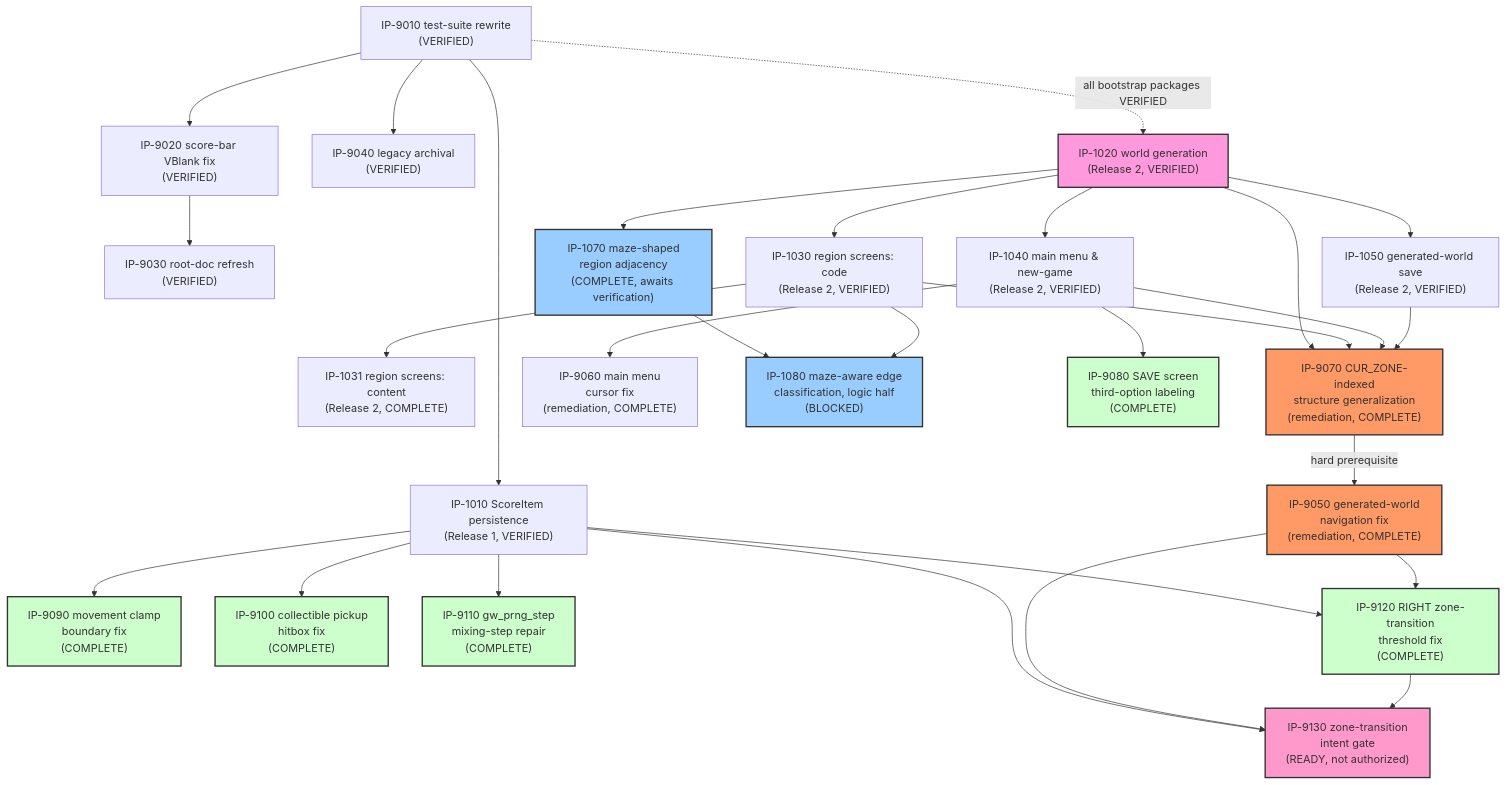
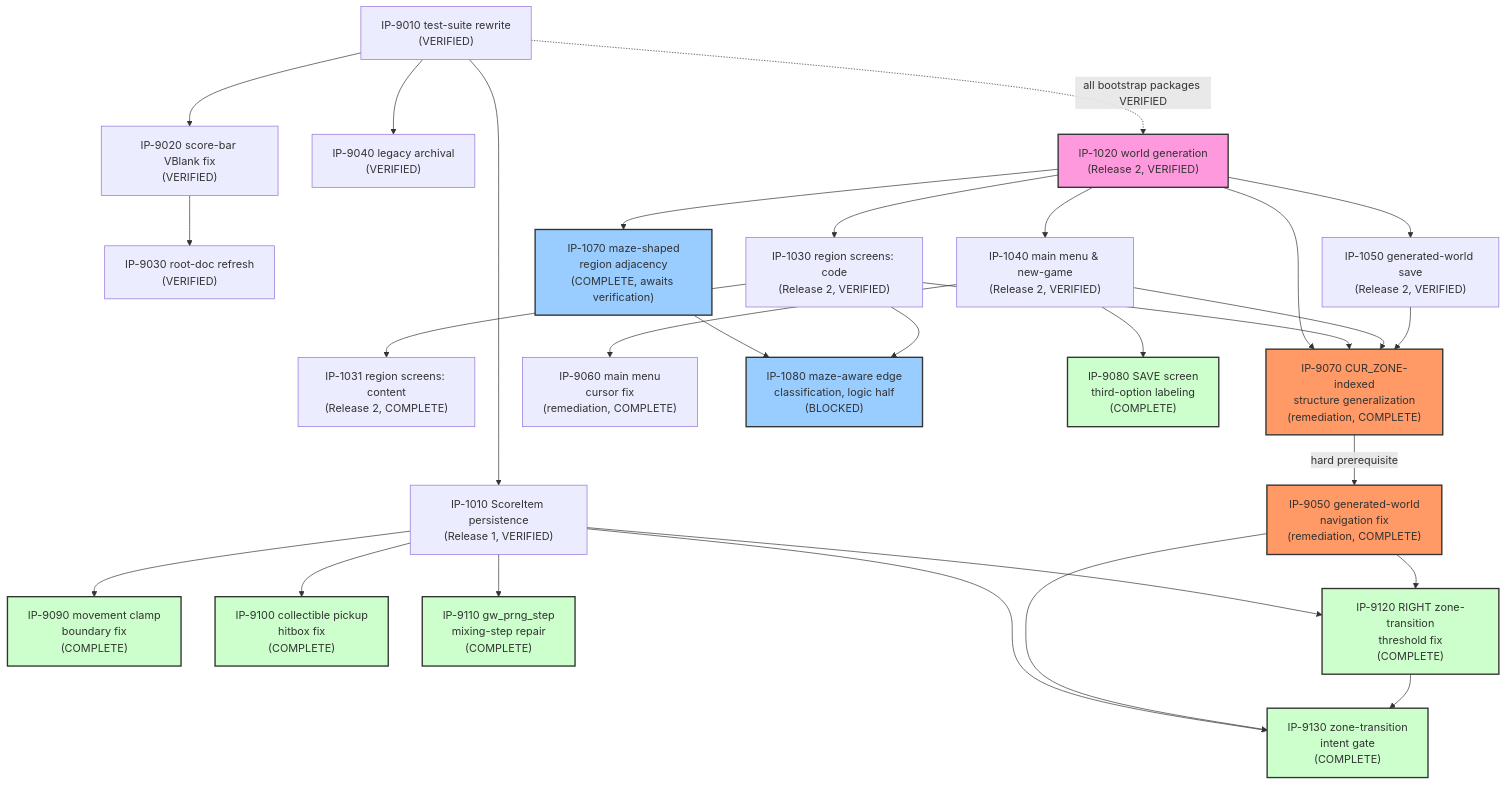
Before and after one commit to Zabin/RsGame: the diagram in docs/implementation/00-master-build-plan.md, drawn with Mermaid. The commit also changed other lines of this file and 8 other files, not shown here.

````diff
--- a/docs/implementation/00-master-build-plan.md
+++ b/docs/implementation/00-master-build-plan.md
@@ -160,76 +161,76 @@
 ```mermaid
 graph TD
     IP9010["IP-9010 test-suite rewrite<br/>(VERIFIED)"]
     IP9020["IP-9020 score-bar VBlank fix<br/>(VERIFIED)"]
     IP9030["IP-9030 root-doc refresh<br/>(VERIFIED)"]
     IP9040["IP-9040 legacy archival<br/>(VERIFIED)"]
     IP1010["IP-1010 ScoreItem persistence<br/>(Release 1, VERIFIED)"]
     IP9010 --> IP9020
     IP9010 --> IP9040
     IP9010 --> IP1010
     IP9020 --> IP9030
 
     IP1020["IP-1020 world generation<br/>(Release 2, VERIFIED)"]
     IP1030["IP-1030 region screens: code<br/>(Release 2, VERIFIED)"]
     IP1031["IP-1031 region screens: content<br/>(Release 2, COMPLETE)"]
     IP1040["IP-1040 main menu & new-game<br/>(Release 2, VERIFIED)"]
     IP1050["IP-1050 generated-world save<br/>(Release 2, VERIFIED)"]
     IP9010 -.all bootstrap packages VERIFIED.-> IP1020
     IP1020 --> IP1030
     IP1030 --> IP1031
     IP1020 --> IP1040
     IP1020 --> IP1050
 
     style IP1020 fill:#f9d,stroke:#333,stroke-width:2px
 
     IP9070["IP-9070 CUR_ZONE-indexed<br/>structure generalization<br/>(remediation, COMPLETE)"]
     IP9050["IP-9050 generated-world<br/>navigation fix<br/>(remediation, COMPLETE)"]
     IP9060["IP-9060 main menu<br/>cursor fix<br/>(remediation, COMPLETE)"]
     IP1020 --> IP9070
     IP1030 --> IP9070
     IP1040 --> IP9070
     IP1050 --> IP9070
     IP9070 -->|hard prerequisite| IP9050
     IP1040 --> IP9060
 
     style IP9070 fill:#f96,stroke:#333,stroke-width:2px
     style IP9050 fill:#f96,stroke:#333,stroke-width:2px
 
     IP1070["IP-1070 maze-shaped<br/>region adjacency<br/>(COMPLETE, awaits verification)"]
     IP1080["IP-1080 maze-aware edge<br/>classification, logic half<br/>(BLOCKED)"]
     IP1020 --> IP1070
     IP1070 --> IP1080
     IP1030 --> IP1080
 
     style IP1070 fill:#9cf,stroke:#333,stroke-width:2px
     style IP1080 fill:#9cf,stroke:#333,stroke-width:2px
 
     IP9090["IP-9090 movement clamp<br/>boundary fix<br/>(COMPLETE)"]
     IP9100["IP-9100 collectible pickup<br/>hitbox fix<br/>(COMPLETE)"]
     IP9080["IP-9080 SAVE screen<br/>third-option labeling<br/>(COMPLETE)"]
     IP1010 --> IP9090
     IP1010 --> IP9100
     IP1040 --> IP9080
 
     style IP9090 fill:#cfc,stroke:#333,stroke-width:2px
     style IP9100 fill:#cfc,stroke:#333,stroke-width:2px
     style IP9080 fill:#cfc,stroke:#333,stroke-width:2px
 
     IP9110["IP-9110 gw_prng_step<br/>mixing-step repair<br/>(COMPLETE)"]
     IP1010 --> IP9110
 
     style IP9110 fill:#cfc,stroke:#333,stroke-width:2px
 
     IP9120["IP-9120 RIGHT zone-transition<br/>threshold fix<br/>(COMPLETE)"]
     IP1010 --> IP9120
     IP9050 --> IP9120
 
     style IP9120 fill:#cfc,stroke:#333,stroke-width:2px
 
-    IP9130["IP-9130 zone-transition<br/>intent gate<br/>(READY, not authorized)"]
+    IP9130["IP-9130 zone-transition<br/>intent gate<br/>(COMPLETE)"]
     IP1010 --> IP9130
     IP9050 --> IP9130
     IP9120 --> IP9130
 
-    style IP9130 fill:#f9c,stroke:#333,stroke-width:2px
+    style IP9130 fill:#cfc,stroke:#333,stroke-width:2px
 ```
````
